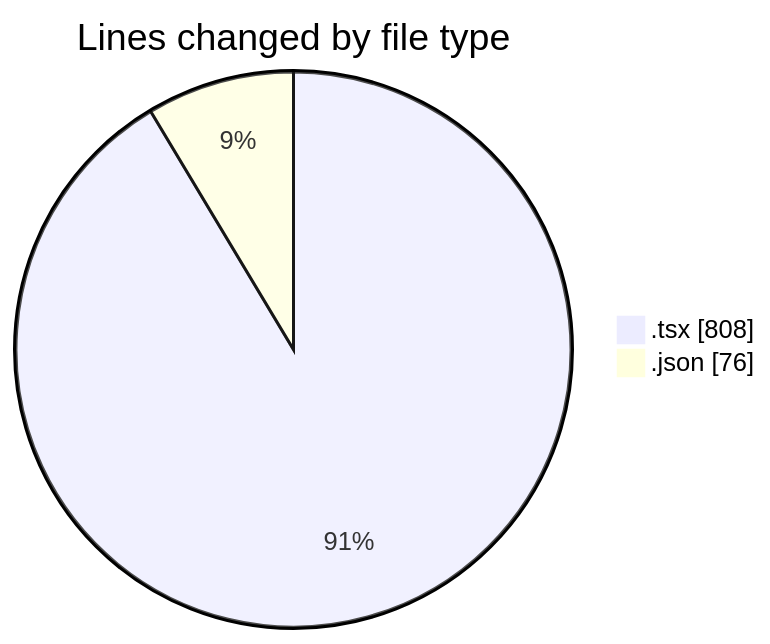
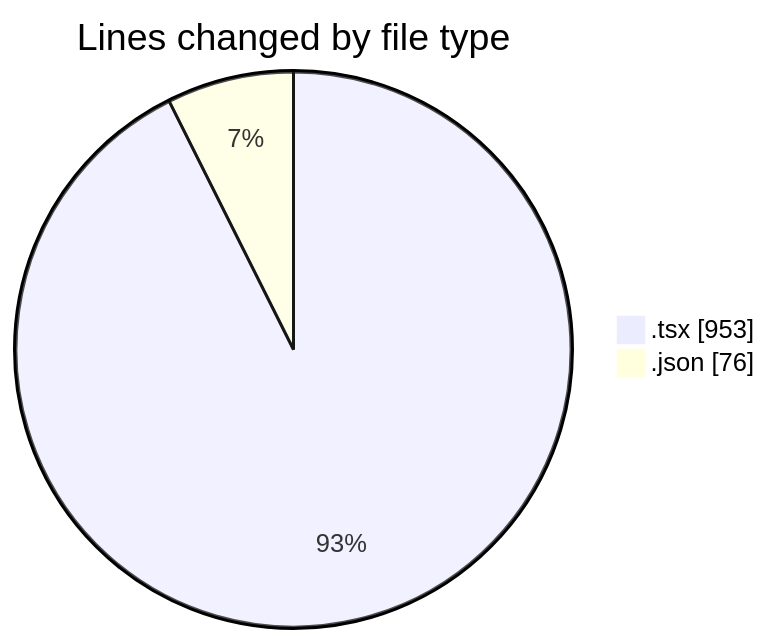
The first of 2 diagrams in 2026-01-30/nxtqube_webapp/README.md (nxtqubesakshisongat/code-tracking), drawn with Mermaid before and after one commit. The commit also changed other lines of this file and 1 other file, not shown here.

````diff
--- a/2026-01-30/nxtqube_webapp/README.md
+++ b/2026-01-30/nxtqube_webapp/README.md
@@ -23,6 +23,6 @@
 ```mermaid
 pie showData
 title Lines changed by file type
-".tsx" : 808
+".tsx" : 953
 ".json" : 76
 ```
````
